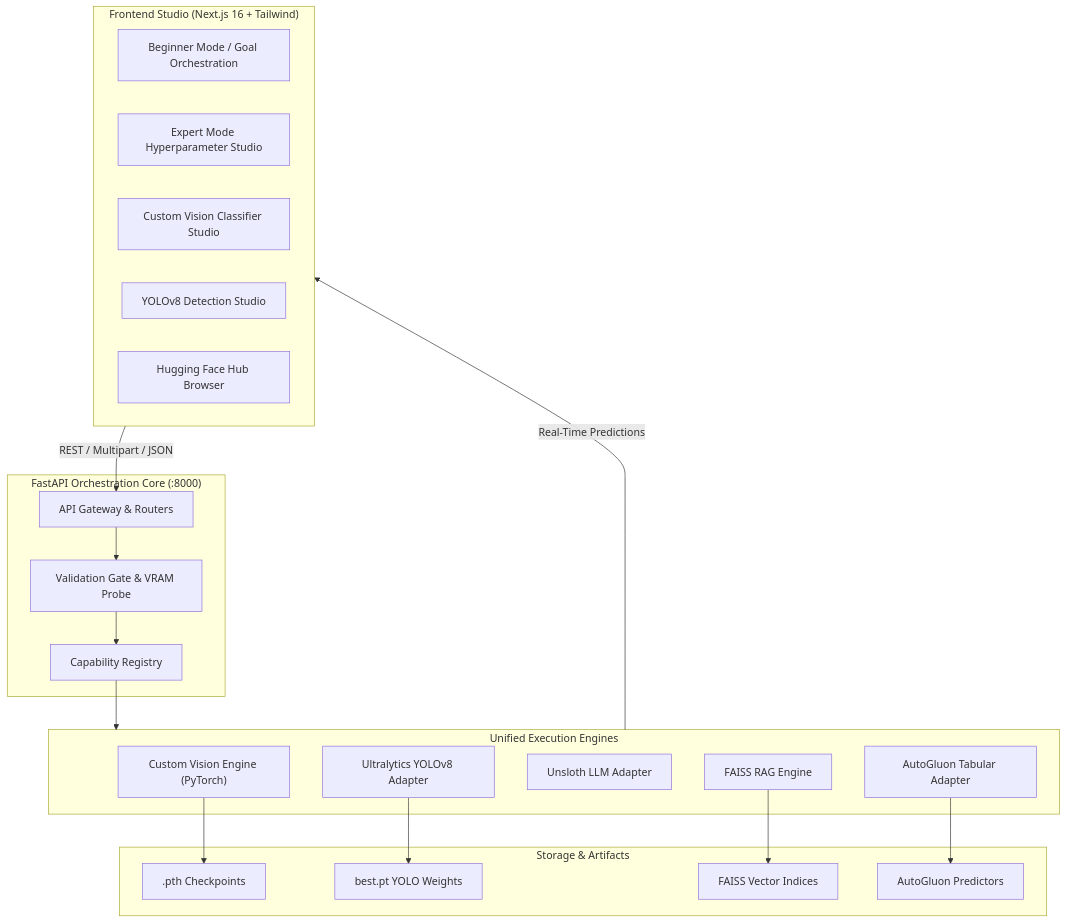
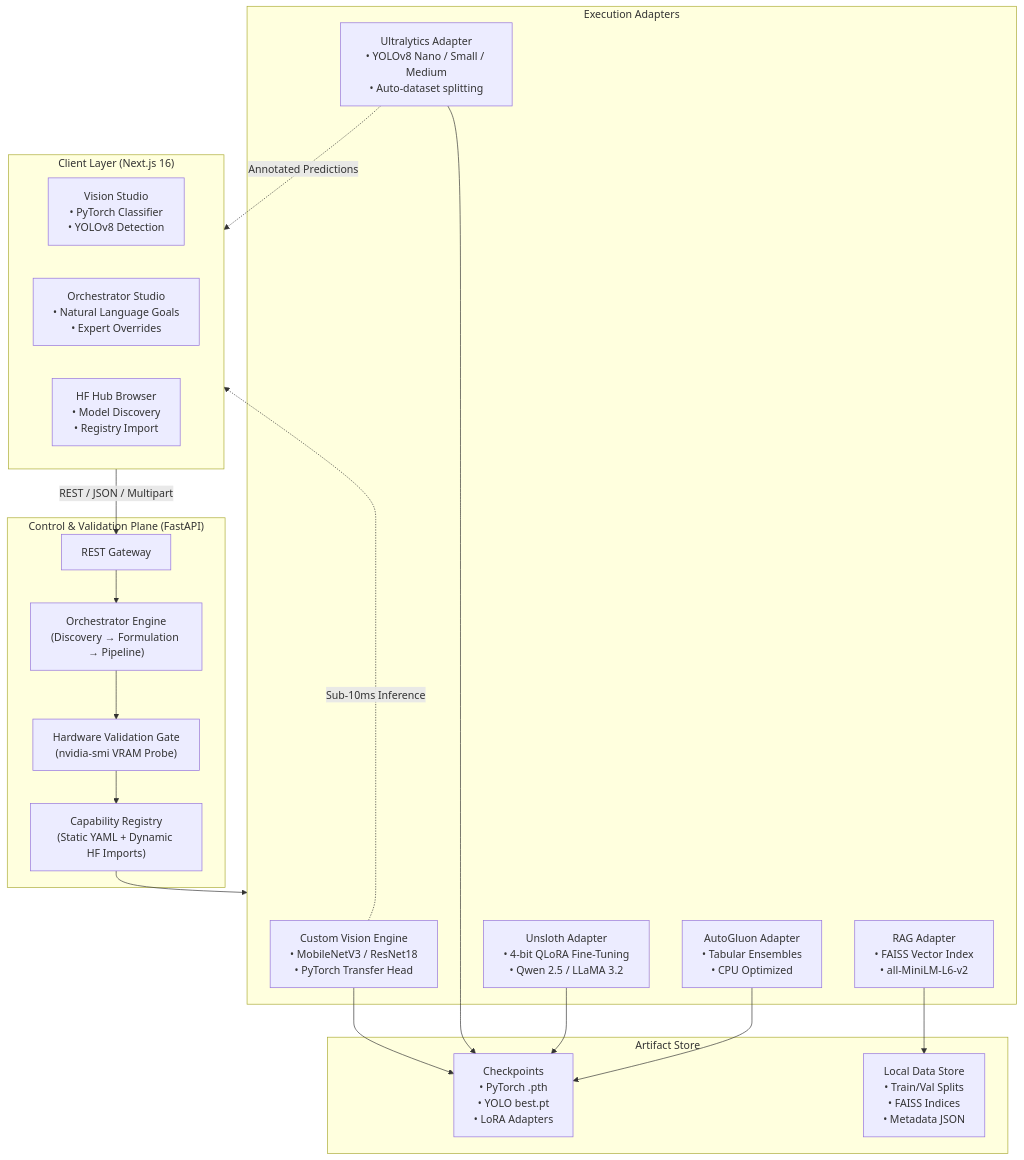
One commit to Aadrit555/Backend changed the diagram in README.md. Above: the diagram before and after it, drawn with Mermaid. The commit also changed other lines of this file, not shown here.

Commit message:
docs: clean and professional README with structured architecture flowchart

````diff
--- a/README.md
+++ b/README.md
@@ -44,41 +11,44 @@
 ```mermaid
-flowchart TD
-    subgraph UI ["Frontend Studio (Next.js 16 + Tailwind)"]
-        A[Beginner Mode / Goal Orchestration]
-        B[Expert Mode Hyperparameter Studio]
-        C[Custom Vision Classifier Studio]
-        D[YOLOv8 Detection Studio]
-        E[Hugging Face Hub Browser]
+flowchart TB
+    subgraph Client ["Client Layer (Next.js 16)"]
+        direction LR
+        UI_Vision["Vision Studio<br/>• PyTorch Classifier<br/>• YOLOv8 Detection"]
+        UI_Orch["Orchestrator Studio<br/>• Natural Language Goals<br/>• Expert Overrides"]
+        UI_HF["HF Hub Browser<br/>• Model Discovery<br/>• Registry Import"]
     end
 
-    subgraph API ["FastAPI Orchestration Core (:8000)"]
-        F[API Gateway & Routers]
-        G[Validation Gate & VRAM Probe]
-        H[Capability Registry]
+    subgraph Control ["Control & Validation Plane (FastAPI)"]
+        Router["REST Gateway"]
+        Orchestrator["Orchestrator Engine<br/>(Discovery → Formulation → Pipeline)"]
+        HardwareGate["Hardware Validation Gate<br/>(nvidia-smi VRAM Probe)"]
+        Registry["Capability Registry<br/>(Static YAML + Dynamic HF Imports)"]
     end
 
-    subgraph Adapters ["Unified Execution Engines"]
-        I["Custom Vision Engine (PyTorch)"]
-        J["Ultralytics YOLOv8 Adapter"]
-        K["Unsloth LLM Adapter"]
-        L["AutoGluon Tabular Adapter"]
-        M["FAISS RAG Engine"]
+    subgraph Engines ["Execution Adapters"]
+        Eng_Torch["Custom Vision Engine<br/>• MobileNetV3 / ResNet18<br/>• PyTorch Transfer Head"]
+        Eng_YOLO["Ultralytics Adapter<br/>• YOLOv8 Nano / Small / Medium<br/>• Auto-dataset splitting"]
+        Eng_Unsloth["Unsloth Adapter<br/>• 4-bit QLoRA Fine-Tuning<br/>• Qwen 2.5 / LLaMA 3.2"]
+        Eng_AutoGluon["AutoGluon Adapter<br/>• Tabular Ensembles<br/>• CPU Optimized"]
+        Eng_RAG["RAG Adapter<br/>• FAISS Vector Index<br/>• all-MiniLM-L6-v2"]
     end
 
-    subgraph Artifacts ["Storage & Artifacts"]
-        N[".pth Checkpoints"]
-        O["best.pt YOLO Weights"]
-        P["FAISS Vector Indices"]
-        Q["AutoGluon Predictors"]
+    subgraph Storage ["Artifact Store"]
+        Store_Weights["Checkpoints<br/>• PyTorch .pth<br/>• YOLO best.pt<br/>• LoRA Adapters"]
+        Store_Data["Local Data Store<br/>• Train/Val Splits<br/>• FAISS Indices<br/>• Metadata JSON"]
     end
 
-    UI -->|REST / Multipart / JSON| F
-    F --> G
-    G --> H
-    H --> Adapters
-    I --> N
-    J --> O
-    M --> P
-    L --> Q
-    Adapters -->|Real-Time Predictions| UI
+    Client -->|REST / JSON / Multipart| Router
+    Router --> Orchestrator
+    Orchestrator --> HardwareGate
+    HardwareGate --> Registry
+    Registry --> Engines
+
+    Eng_Torch --> Store_Weights
+    Eng_YOLO --> Store_Weights
+    Eng_Unsloth --> Store_Weights
+    Eng_AutoGluon --> Store_Weights
+    Eng_RAG --> Store_Data
+
+    Eng_Torch -.->|Sub-10ms Inference| Client
+    Eng_YOLO -.->|Annotated Predictions| Client
 ```
````
